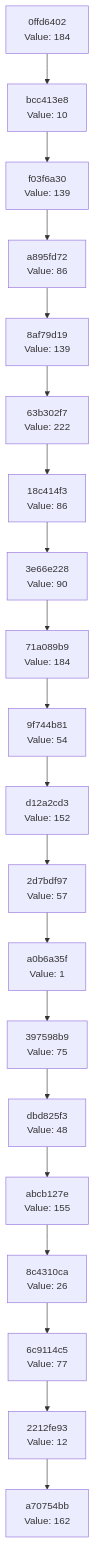
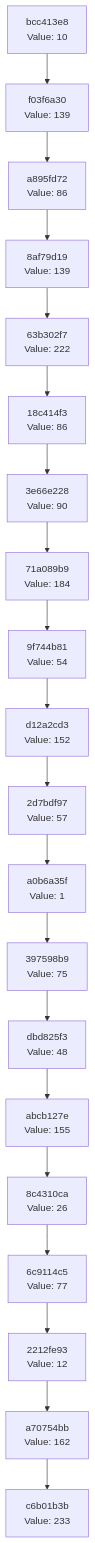
The diagram in docs/CHAIN_VISUALIZATION.md (Abhisheksinha1506/hash-chain-evolver), drawn with Mermaid before and after one commit. The commit also changed 2 other files, not shown here.

Commit message:
Evolution step: hash 0xE9 → action executed

````diff
--- a/docs/CHAIN_VISUALIZATION.md
+++ b/docs/CHAIN_VISUALIZATION.md
@@ -3,42 +3,42 @@
 ```mermaid
 graph TD
-    C0["a70754bb<br/>Value: 162"]
-    C1["2212fe93<br/>Value: 12"]
+    C0["c6b01b3b<br/>Value: 233"]
+    C1["a70754bb<br/>Value: 162"]
     C1 --> C0
-    C2["6c9114c5<br/>Value: 77"]
+    C2["2212fe93<br/>Value: 12"]
     C2 --> C1
-    C3["8c4310ca<br/>Value: 26"]
+    C3["6c9114c5<br/>Value: 77"]
     C3 --> C2
-    C4["abcb127e<br/>Value: 155"]
+    C4["8c4310ca<br/>Value: 26"]
     C4 --> C3
-    C5["dbd825f3<br/>Value: 48"]
+    C5["abcb127e<br/>Value: 155"]
     C5 --> C4
-    C6["397598b9<br/>Value: 75"]
+    C6["dbd825f3<br/>Value: 48"]
     C6 --> C5
-    C7["a0b6a35f<br/>Value: 1"]
+    C7["397598b9<br/>Value: 75"]
     C7 --> C6
-    C8["2d7bdf97<br/>Value: 57"]
+    C8["a0b6a35f<br/>Value: 1"]
     C8 --> C7
-    C9["d12a2cd3<br/>Value: 152"]
+    C9["2d7bdf97<br/>Value: 57"]
     C9 --> C8
-    C10["9f744b81<br/>Value: 54"]
+    C10["d12a2cd3<br/>Value: 152"]
     C10 --> C9
-    C11["71a089b9<br/>Value: 184"]
+    C11["9f744b81<br/>Value: 54"]
     C11 --> C10
-    C12["3e66e228<br/>Value: 90"]
+    C12["71a089b9<br/>Value: 184"]
     C12 --> C11
-    C13["18c414f3<br/>Value: 86"]
+    C13["3e66e228<br/>Value: 90"]
     C13 --> C12
-    C14["63b302f7<br/>Value: 222"]
+    C14["18c414f3<br/>Value: 86"]
     C14 --> C13
-    C15["8af79d19<br/>Value: 139"]
+    C15["63b302f7<br/>Value: 222"]
     C15 --> C14
-    C16["a895fd72<br/>Value: 86"]
+    C16["8af79d19<br/>Value: 139"]
     C16 --> C15
-    C17["f03f6a30<br/>Value: 139"]
+    C17["a895fd72<br/>Value: 86"]
     C17 --> C16
-    C18["bcc413e8<br/>Value: 10"]
+    C18["f03f6a30<br/>Value: 139"]
     C18 --> C17
-    C19["0ffd6402<br/>Value: 184"]
+    C19["bcc413e8<br/>Value: 10"]
     C19 --> C18
 ```
````
